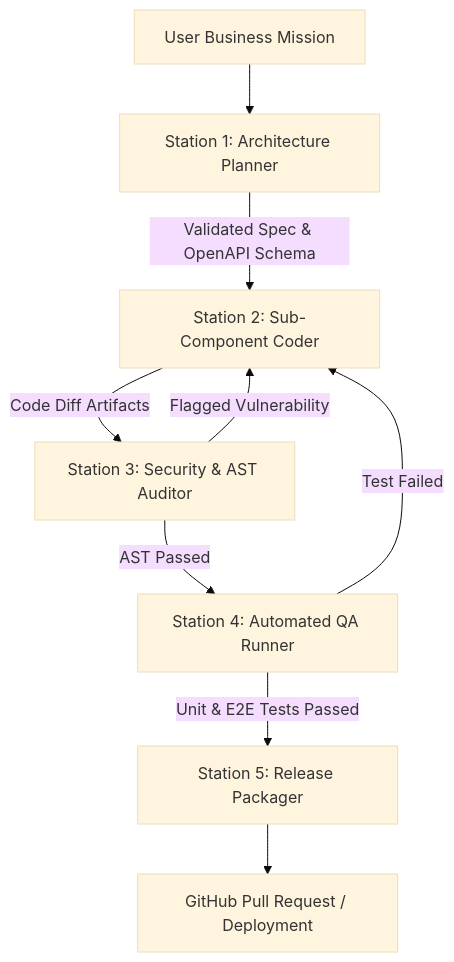
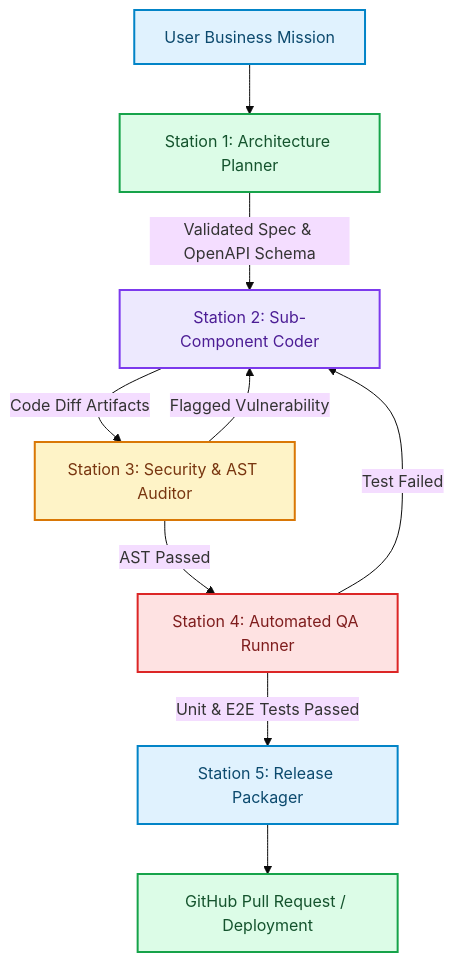
One commit to akmalkhaniub/akmalkhaniub.github.io changed the second of 2 diagrams in blog/posts/assembly-line-revolution-software-agent-swarms-division-of-labor.md. Above: the diagram before and after it, drawn with Mermaid (base theme). The commit also changed other lines of this file and 1291 other files, not shown here.

First line of the commit message:
feat(catalog): unique covers, scholarly references, and diagram palettes

````diff
--- a/blog/posts/assembly-line-revolution-software-agent-swarms-division-of-labor.md
+++ b/blog/posts/assembly-line-revolution-software-agent-swarms-division-of-labor.md
@@ -53,14 +64,25 @@
 ```mermaid
 flowchart TD
-  Mission[User Business Mission] --> Station1[Station 1: Architecture Planner]
-  Station1 -->|Validated Spec & OpenAPI Schema| Station2[Station 2: Sub-Component Coder]
-  Station2 -->|Code Diff Artifacts| Station3[Station 3: Security & AST Auditor]
+  Mission["User Business Mission"] --> Station1["Station 1: Architecture Planner"]
+  Station1 -->|Validated Spec & OpenAPI Schema| Station2["Station 2: Sub-Component Coder"]
+  Station2 -->|Code Diff Artifacts| Station3["Station 3: Security & AST Auditor"]
   
-  Station3 -->|AST Passed| Station4[Station 4: Automated QA Runner]
+  Station3 -->|AST Passed| Station4["Station 4: Automated QA Runner"]
   Station3 -->|Flagged Vulnerability| Station2
   
-  Station4 -->|Unit & E2E Tests Passed| Station5[Station 5: Release Packager]
+  Station4 -->|Unit & E2E Tests Passed| Station5["Station 5: Release Packager"]
   Station4 -->|Test Failed| Station2
   
-  Station5 --> PR[GitHub Pull Request / Deployment]
+  Station5 --> PR["GitHub Pull Request / Deployment"]
+
+classDef green fill:#dcfce7,stroke:#16a34a,stroke-width:2px,color:#14532d;
+classDef red fill:#fee2e2,stroke:#dc2626,stroke-width:2px,color:#7f1d1d;
+classDef blue fill:#e0f2fe,stroke:#0284c7,stroke-width:2px,color:#0c4a6e;
+classDef yellow fill:#fef3c7,stroke:#d97706,stroke-width:2px,color:#78350f;
+classDef purple fill:#ede9fe,stroke:#7c3aed,stroke-width:2px,color:#4c1d95;
+class Mission,Station5 blue
+class Station1,PR green
+class Station2 purple
+class Station3 yellow
+class Station4 red
 ```
````
